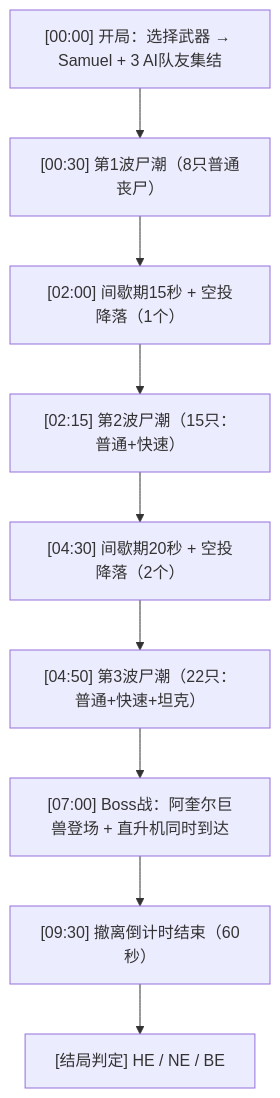
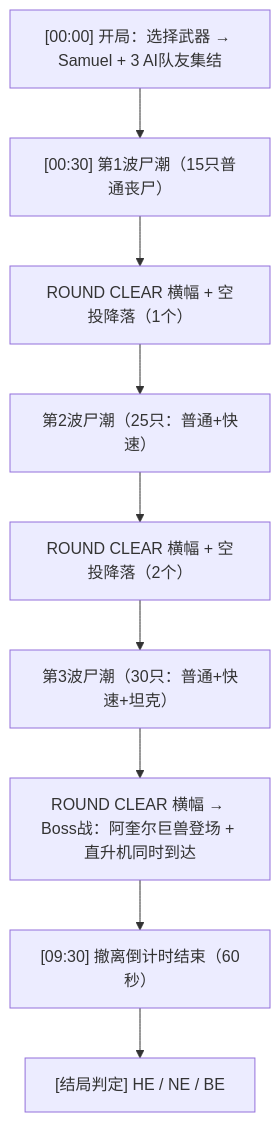
One commit to NBDatsuya/aqueridemon-web changed the second of 4 diagrams in SPEC.md. Above: the diagram before and after it, drawn with Mermaid. The commit also changed other lines of this file and 129 other files, not shown here.

````diff
--- a/SPEC.md
+++ b/SPEC.md
@@ -57,11 +57,11 @@
 ```mermaid
 flowchart TD
-    T1["[00:00] 开局：选择武器 → Samuel + 3 AI队友集结"] --> T2["[00:30] 第1波尸潮（8只普通丧尸）"]
-    T2 --> T3["[02:00] 间歇期15秒 + 空投降落（1个）"]
-    T3 --> T4["[02:15] 第2波尸潮（15只：普通+快速）"]
-    T4 --> T5["[04:30] 间歇期20秒 + 空投降落（2个）"]
-    T5 --> T6["[04:50] 第3波尸潮（22只：普通+快速+坦克）"]
-    T6 --> T7["[07:00] Boss战：阿奎尔巨兽登场 + 直升机同时到达"]
+    T1["[00:00] 开局：选择武器 → Samuel + 3 AI队友集结"] --> T2["[00:30] 第1波尸潮（15只普通丧尸）"]
+    T2 --> T3["ROUND CLEAR 横幅 + 空投降落（1个）"]
+    T3 --> T4["第2波尸潮（25只：普通+快速）"]
+    T4 --> T5["ROUND CLEAR 横幅 + 空投降落（2个）"]
+    T5 --> T6["第3波尸潮（30只：普通+快速+坦克）"]
+    T6 --> T7["ROUND CLEAR 横幅 → Boss战：阿奎尔巨兽登场 + 直升机同时到达"]
     T7 --> T8["[09:30] 撤离倒计时结束（60秒）"]
     T8 --> T9["[结局判定] HE / NE / BE"]
 ```
````
